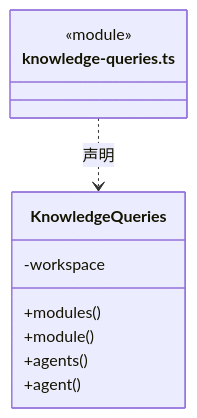
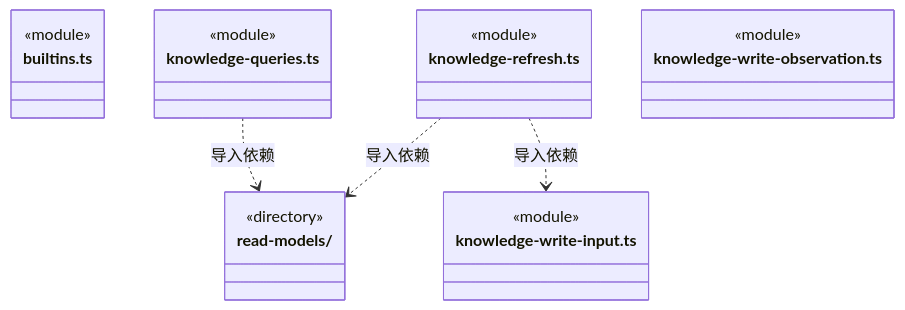
The first of 8 diagrams in src/backend/core/knowledge/ARCHITECTURE.md (nan023062/cbim), drawn with Mermaid before and after one commit. The commit also changed other lines of this file and 971 other files, not shown here.

First line of the commit message:
refactor: align backend source layout with V&B module boundaries

````diff
--- a/src/backend/core/knowledge/ARCHITECTURE.md
+++ b/src/backend/core/knowledge/ARCHITECTURE.md
@@ -55,14 +33,24 @@
 ```mermaid
 classDiagram
+class N_src_backend_core_knowledge_read_models["read-models/"] {
+  <<directory>>
+}
+class N_src_backend_core_knowledge_builtins_ts["builtins.ts"] {
+  <<module>>
+}
 class N_src_backend_core_knowledge_knowledge_queries_ts["knowledge-queries.ts"] {
   <<module>>
 }
-class N_src_backend_core_knowledge_knowledge_queries_ts_KnowledgeQueries["KnowledgeQueries"] {
-  +modules()
-  +module()
-  +agents()
-  +agent()
-  -workspace
+class N_src_backend_core_knowledge_knowledge_refresh_ts["knowledge-refresh.ts"] {
+  <<module>>
 }
-N_src_backend_core_knowledge_knowledge_queries_ts ..> N_src_backend_core_knowledge_knowledge_queries_ts_KnowledgeQueries : 声明
+class N_src_backend_core_knowledge_knowledge_write_input_ts["knowledge-write-input.ts"] {
+  <<module>>
+}
+class N_src_backend_core_knowledge_knowledge_write_observation_ts["knowledge-write-observation.ts"] {
+  <<module>>
+}
+N_src_backend_core_knowledge_knowledge_queries_ts ..> N_src_backend_core_knowledge_read_models : 导入依赖
+N_src_backend_core_knowledge_knowledge_refresh_ts ..> N_src_backend_core_knowledge_knowledge_write_input_ts : 导入依赖
+N_src_backend_core_knowledge_knowledge_refresh_ts ..> N_src_backend_core_knowledge_read_models : 导入依赖
 ```
````
